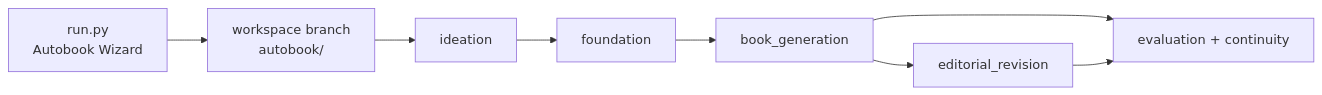
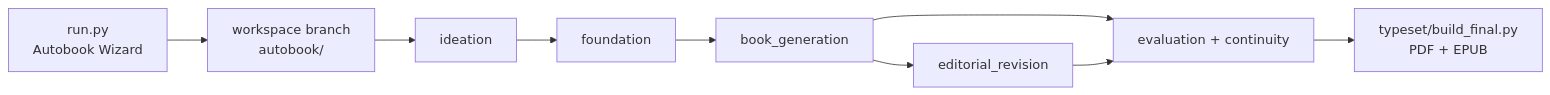
One commit to aleemerich/autobook changed the first of 2 diagrams in README.md. Above: the diagram before and after it, drawn with Mermaid. The commit also changed other lines of this file and 23 other files, not shown here.

````diff
--- a/README.md
+++ b/README.md
@@ -36,10 +36,11 @@
 ```mermaid
 flowchart LR
     Wizard["run.py\nAutobook Wizard"] --> Branch["workspace branch\nautobook/<slug>"]
     Branch --> Ideation["ideation"]
     Ideation --> Foundation["foundation"]
     Foundation --> Generation["book_generation"]
     Generation --> Revision["editorial_revision"]
     Generation --> Checks["evaluation + continuity"]
     Revision --> Checks
+    Checks --> Final["typeset/build_final.py\nPDF + EPUB"]
 ```
````
